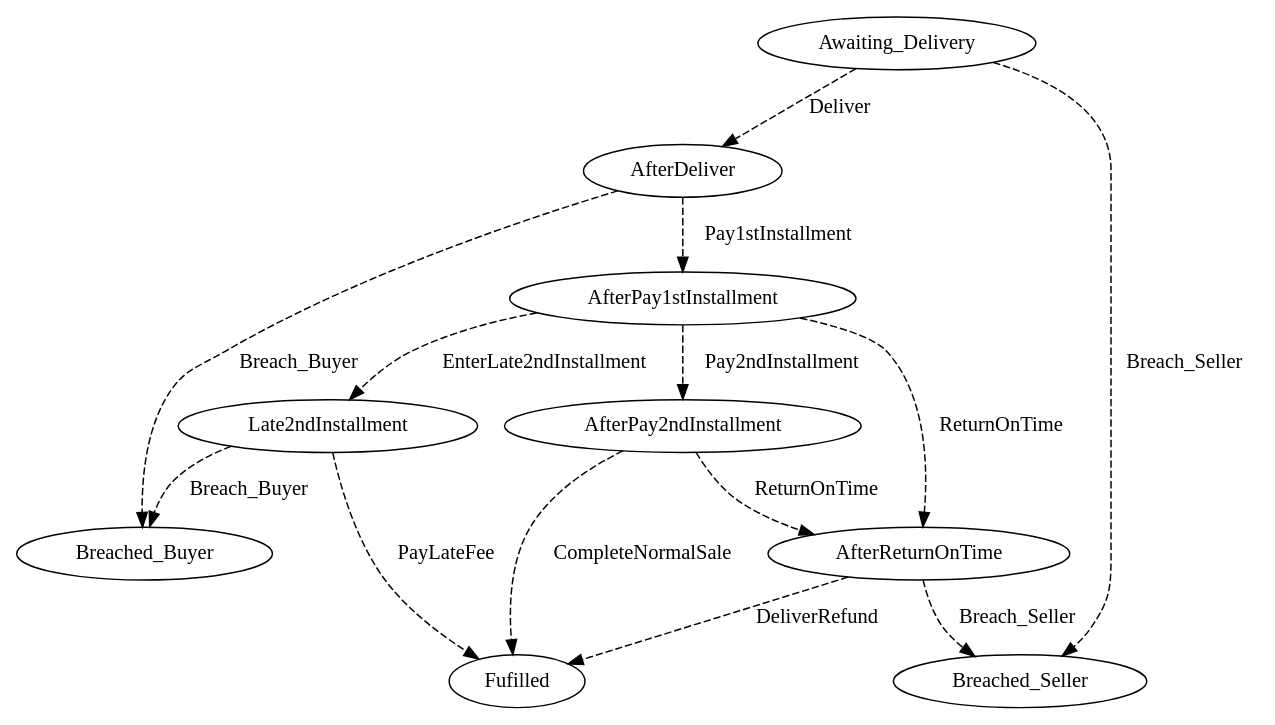
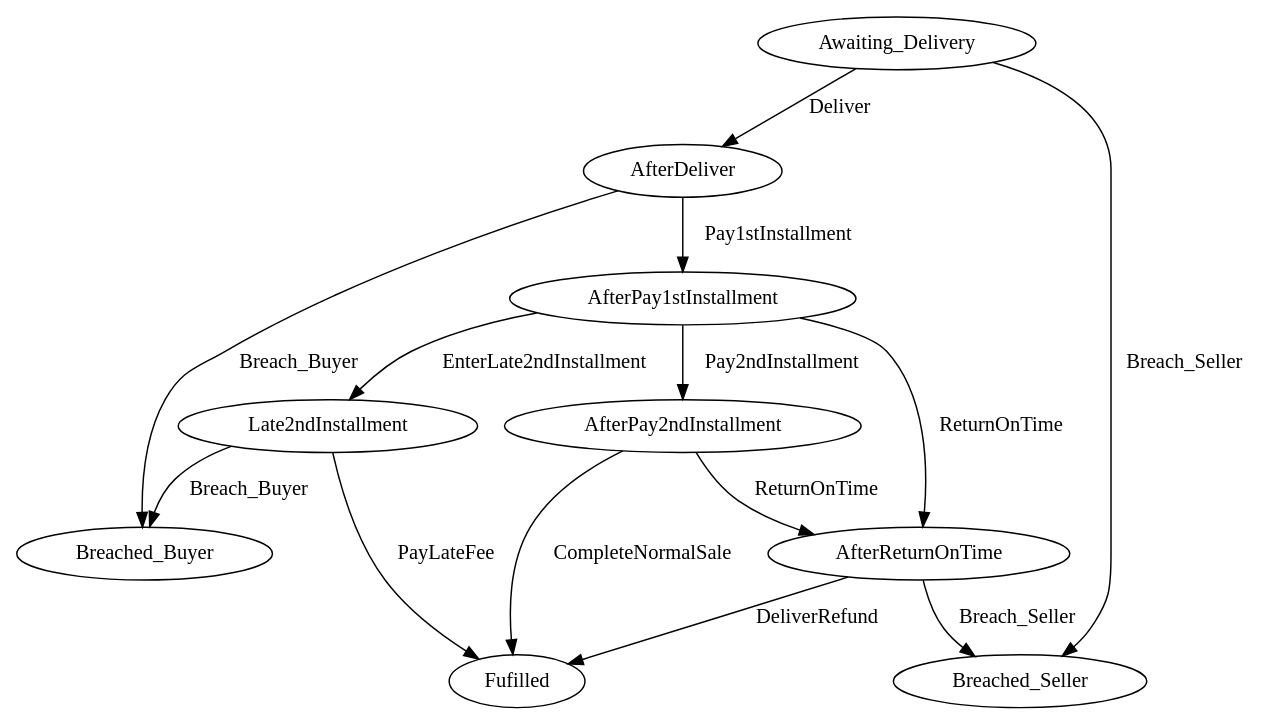
The diagram in linear_state_machine_language/pyL4/examples/out_graphviz/from_academic_lit/hvitved_printer.dot (Marcao02/complaw-deeptech), drawn with Graphviz before and after one commit. The commit also changed 42 other files, not shown here.

Commit message:
optional effective path length bound in goodenough/flood example. solid not dashed lines in graphviz output.

```diff
--- a/linear_state_machine_language/pyL4/examples/out_graphviz/from_academic_lit/hvitved_printer.dot
+++ b/linear_state_machine_language/pyL4/examples/out_graphviz/from_academic_lit/hvitved_printer.dot
@@ -1,29 +1,29 @@
 // THIS IS A GENERATED FILE. DO NOT EDIT.
 
 digraph Two_part_sale_Hvitved_Laser_Printer {    
     Fulfilled[label=Fufilled];
     Awaiting_Delivery[label=Awaiting_Delivery]
         
     
          
     
     
     
     
-    Awaiting_Delivery -> AfterDeliver [style=dashed,label=Deliver];
-	Awaiting_Delivery -> Breached_Seller [style=dashed,label=Breach_Seller];
-	AfterDeliver -> AfterPay1stInstallment [style=dashed,label=Pay1stInstallment];
-	AfterDeliver -> Breached_Buyer [style=dashed,label=Breach_Buyer];
-	AfterPay1stInstallment -> AfterPay2ndInstallment [style=dashed,label=Pay2ndInstallment];
-	AfterPay1stInstallment -> AfterReturnOnTime [style=dashed,label=ReturnOnTime];
-	AfterPay1stInstallment -> Late2ndInstallment [style=dashed,label=EnterLate2ndInstallment];
-	Late2ndInstallment -> Fulfilled [style=dashed,label=PayLateFee];
-	Late2ndInstallment -> Breached_Buyer [style=dashed,label=Breach_Buyer];
-	AfterPay2ndInstallment -> AfterReturnOnTime [style=dashed,label=ReturnOnTime];
-	AfterPay2ndInstallment -> Fulfilled [style=dashed,label=CompleteNormalSale];
-	AfterReturnOnTime -> Fulfilled [style=dashed,label=DeliverRefund];
-	AfterReturnOnTime -> Breached_Seller [style=dashed,label=Breach_Seller];
+    Awaiting_Delivery -> AfterDeliver [label=Deliver];
+	Awaiting_Delivery -> Breached_Seller [label=Breach_Seller];
+	AfterDeliver -> AfterPay1stInstallment [label=Pay1stInstallment];
+	AfterDeliver -> Breached_Buyer [label=Breach_Buyer];
+	AfterPay1stInstallment -> AfterPay2ndInstallment [label=Pay2ndInstallment];
+	AfterPay1stInstallment -> AfterReturnOnTime [label=ReturnOnTime];
+	AfterPay1stInstallment -> Late2ndInstallment [label=EnterLate2ndInstallment];
+	Late2ndInstallment -> Fulfilled [label=PayLateFee];
+	Late2ndInstallment -> Breached_Buyer [label=Breach_Buyer];
+	AfterPay2ndInstallment -> AfterReturnOnTime [label=ReturnOnTime];
+	AfterPay2ndInstallment -> Fulfilled [label=CompleteNormalSale];
+	AfterReturnOnTime -> Fulfilled [label=DeliverRefund];
+	AfterReturnOnTime -> Breached_Seller [label=Breach_Seller];
 	     
     
        
 }
```
